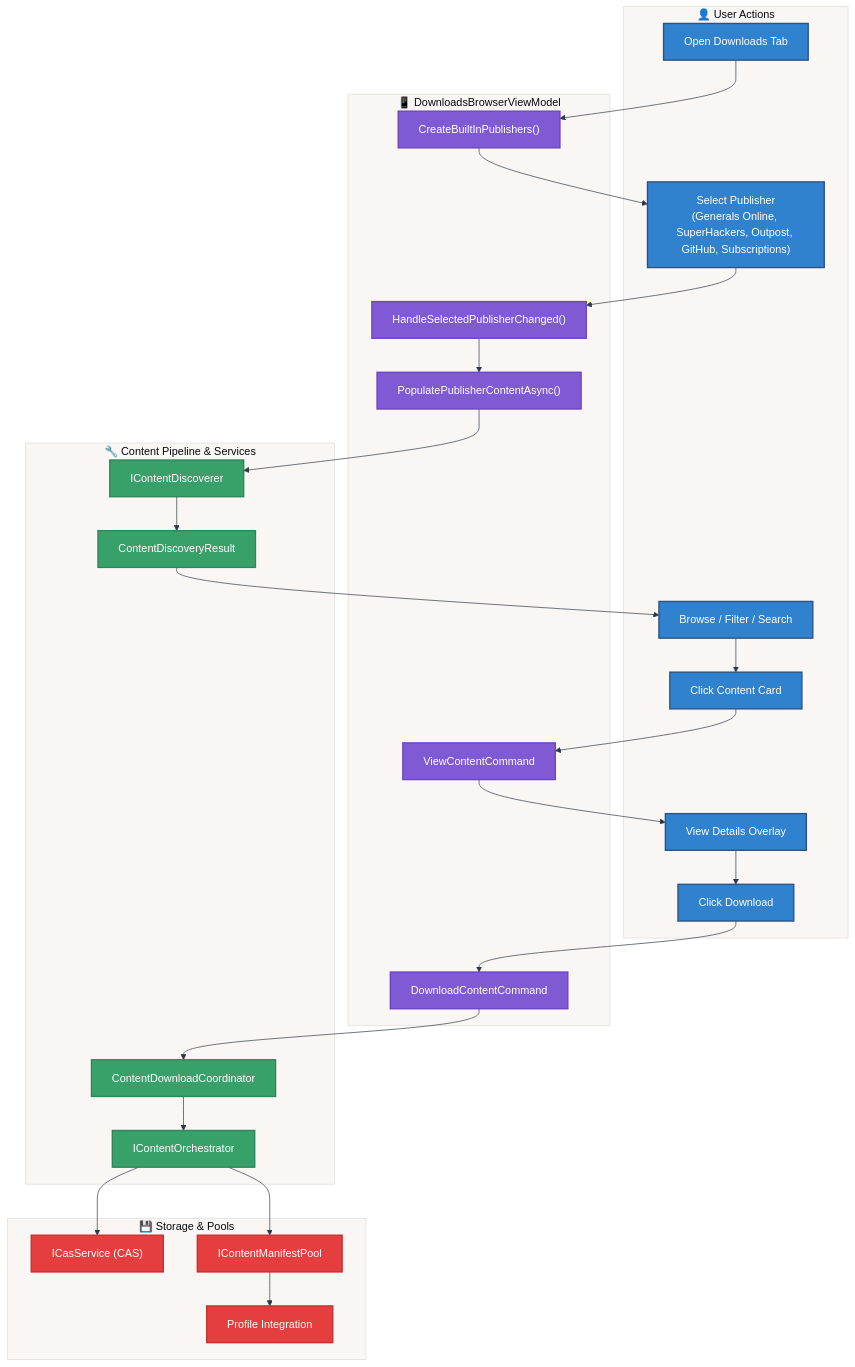
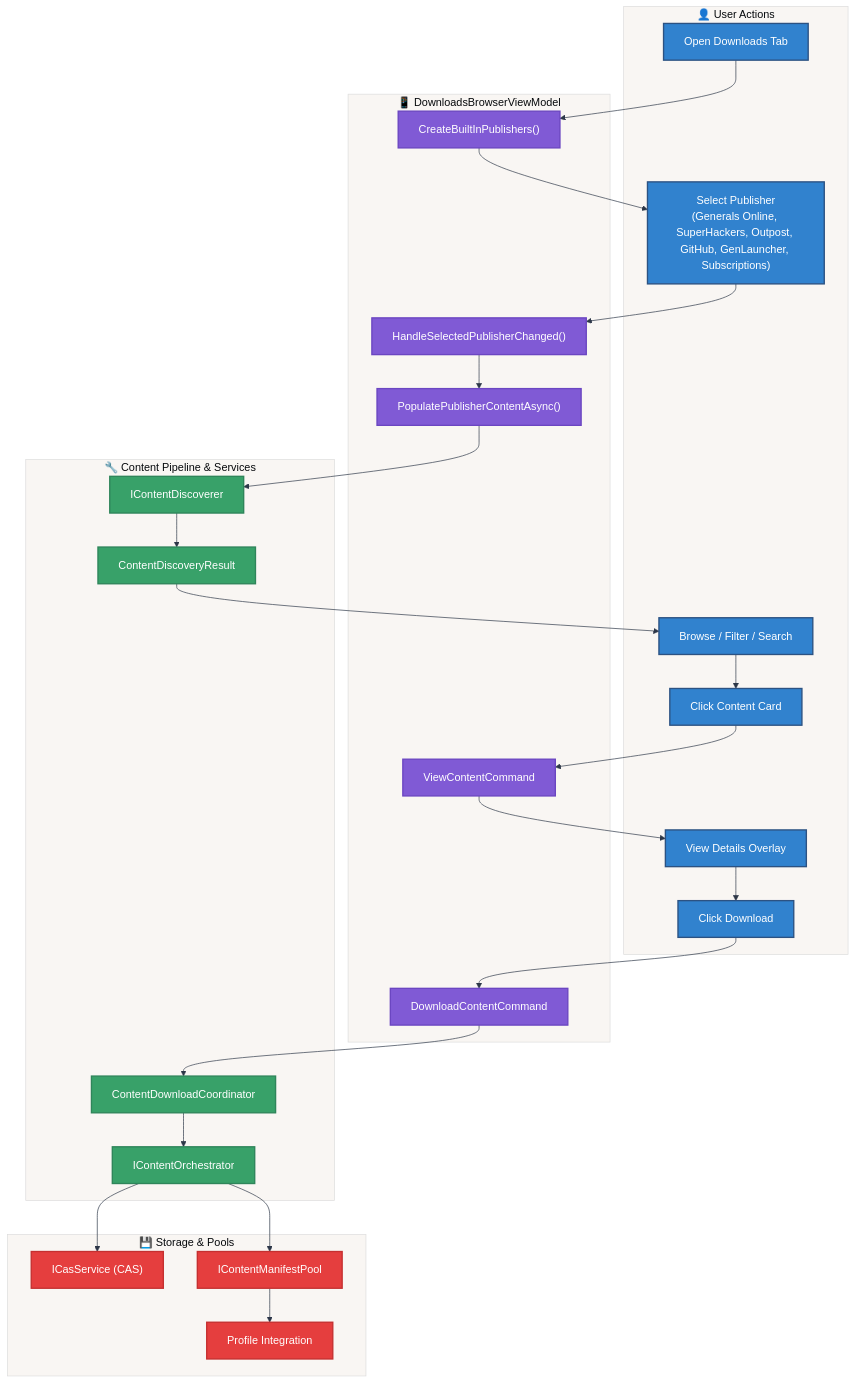
The first of 9 diagrams in docs/FlowCharts/Downloads-Flow.md (community-outpost/GenHub), drawn with Mermaid before and after one commit. The commit also changed other lines of this file and 58 other files, not shown here.

Commit message:
feat(content): add GenLauncher publisher provider (closes #491) (#493)

````diff
--- a/docs/FlowCharts/Downloads-Flow.md
+++ b/docs/FlowCharts/Downloads-Flow.md
@@ -31,71 +31,71 @@
 ```mermaid
 %%{init: {
   'theme': 'base',
   'themeVariables': {
     'primaryColor': '#e2e8f0',
     'primaryTextColor': '#1a202c',
     'primaryBorderColor': '#4a5568',
     'lineColor': '#2d3748',
     'background': '#ffffff'
   }
 }}%%
 
 flowchart TD
     subgraph User["👤 User Actions"]
         A["Open Downloads Tab"]
-        B["Select Publisher<br/>(Generals Online, SuperHackers, Outpost, GitHub, Subscriptions)"]
+        B["Select Publisher<br/>(Generals Online, SuperHackers, Outpost, GitHub, GenLauncher, Subscriptions)"]
         C["Browse / Filter / Search"]
         D["Click Content Card"]
         E["View Details Overlay"]
         F["Click Download"]
     end
 
     subgraph ViewModel["📱 DownloadsBrowserViewModel"]
         V1["CreateBuiltInPublishers()"]
         V2["HandleSelectedPublisherChanged()"]
         V3["PopulatePublisherContentAsync()"]
         V4["ViewContentCommand"]
         V5["DownloadContentCommand"]
     end
 
     subgraph Pipeline["🔧 Content Pipeline & Services"]
         P1["IContentDiscoverer"]
         P2["ContentDiscoveryResult"]
         P3["ContentDownloadCoordinator"]
         P4["IContentOrchestrator"]
     end
 
     subgraph Storage["💾 Storage & Pools"]
         S1["ICasService (CAS)"]
         S2["IContentManifestPool"]
         S3["Profile Integration"]
     end
 
     A --> V1
     V1 --> B
     B --> V2
     V2 --> V3
     V3 --> P1
     P1 --> P2
     P2 --> C
     C --> D
     D --> V4
     V4 --> E
     E --> F
     F --> V5
     V5 --> P3
     P3 --> P4
     P4 --> S1
     P4 --> S2
     S2 --> S3
 
     classDef user fill:#3182ce,stroke:#2c5282,stroke-width:2px,color:#ffffff
     classDef viewmodel fill:#805ad5,stroke:#6b46c1,stroke-width:2px,color:#ffffff
     classDef pipeline fill:#38a169,stroke:#2f855a,stroke-width:2px,color:#ffffff
     classDef storage fill:#e53e3e,stroke:#c53030,stroke-width:2px,color:#ffffff
 
     class A,B,C,D,E,F user
     class V1,V2,V3,V4,V5 viewmodel
     class P1,P2,P3,P4 pipeline
     class S1,S2,S3 storage
 ```
````
